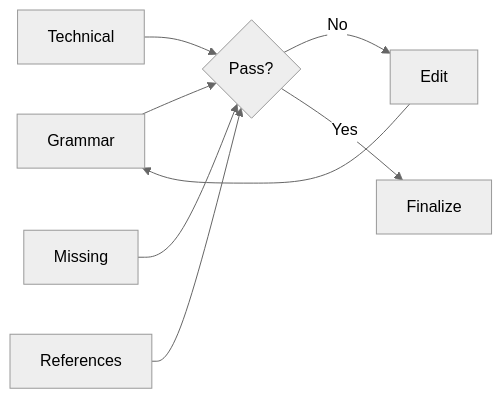
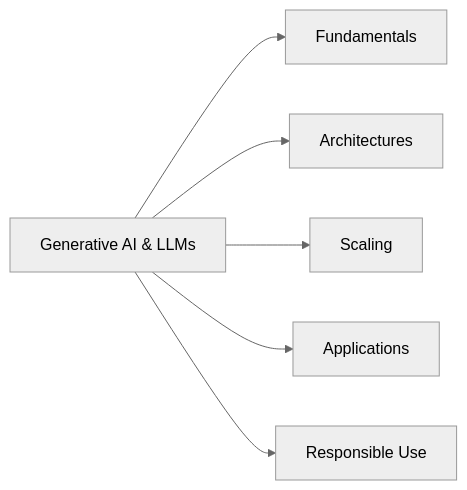
The first of 4 diagrams in README.md (Khamalraaj/PROMPT-ENGINEERING), drawn with Mermaid (neutral theme) before and after one commit. The commit also changed other lines of this file, not shown here.

````diff
--- a/README.md
+++ b/README.md
@@ -134,9 +156,8 @@
 ```mermaid
 flowchart LR
-    G[Grammar] --> P{Pass?}
-    T[Technical] --> P
-    M[Missing] --> P
-    R[References] --> P
-    P -- No --> E[Edit] --> G
-    P -- Yes --> F[Finalize]
+A[Generative AI & LLMs] --> B[Fundamentals]
+A --> C[Architectures]
+A --> D[Scaling]
+A --> E[Applications]
+A --> F[Responsible Use]
 ```
````
